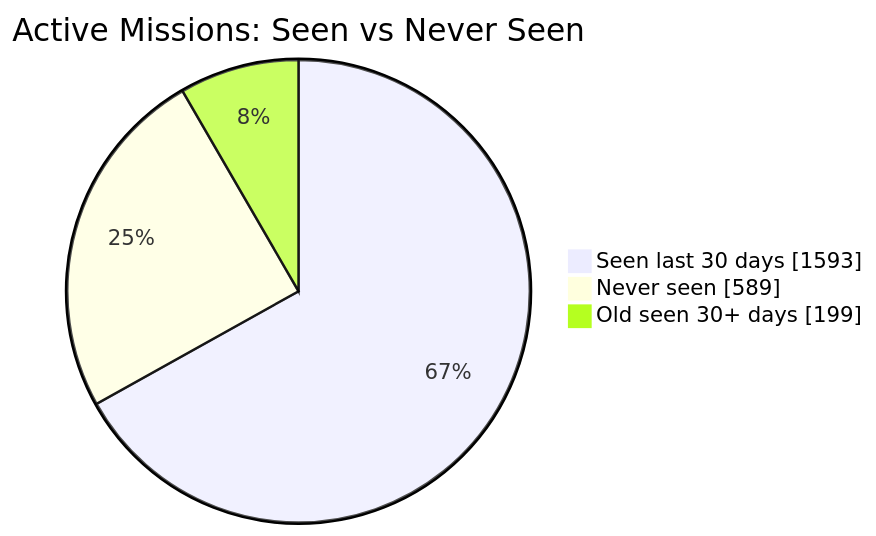
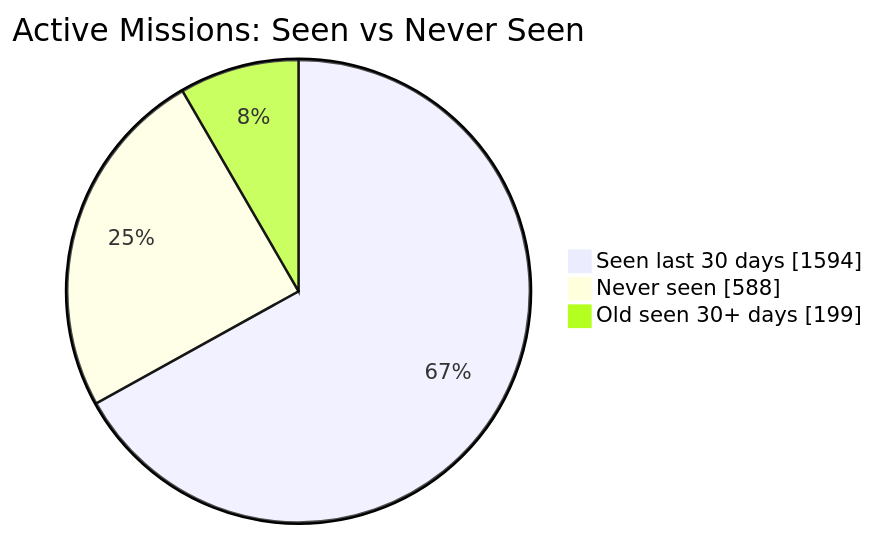
One commit to MeldkamerspelGameTeam/active-missions changed the first of 2 diagrams in README.md. Above: the diagram before and after it, drawn with Mermaid. The commit also changed other lines of this file and 3 other files, not shown here.

````diff
--- a/README.md
+++ b/README.md
@@ -34,7 +34,7 @@
 ```mermaid
 pie showData
     title Active Missions: Seen vs Never Seen
-    "Seen last 30 days" : 1593
-    "Never seen" : 589
+    "Seen last 30 days" : 1594
+    "Never seen" : 588
     "Old seen 30+ days" : 199
 ```
````
